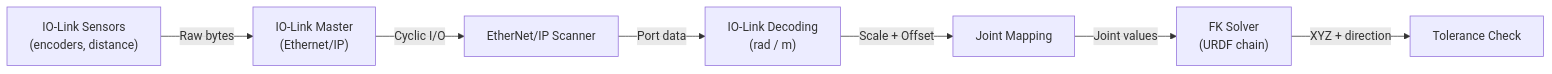
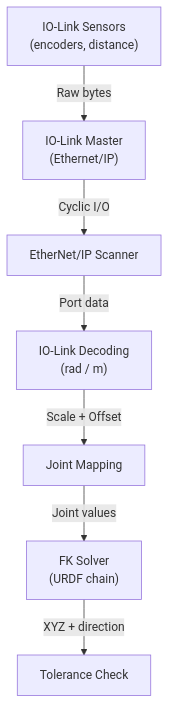
The diagram in docs/tools/positioning/positioning-robot-urdf.md (haller-erne/ogs), drawn with Mermaid before and after one commit. The commit also changed other lines of this file and 12 other files, not shown here.

````diff
--- a/docs/tools/positioning/positioning-robot-urdf.md
+++ b/docs/tools/positioning/positioning-robot-urdf.md
@@ -32,9 +35,9 @@
 ``` mermaid
-flowchart LR
+flowchart TD
     A["IO-Link Sensors<br/>(encoders, distance)"] -->|Raw bytes| B["IO-Link Master<br/>(Ethernet/IP)"]
     B -->|Cyclic I/O| C["EtherNet/IP Scanner"]
     C -->|Port data| D["IO-Link Decoding<br/>(rad / m)"]
     D -->|Scale + Offset| E["Joint Mapping"]
     E -->|Joint values| F["FK Solver<br/>(URDF chain)"]
     F -->|XYZ + direction| G["Tolerance Check"]
 ```
````
